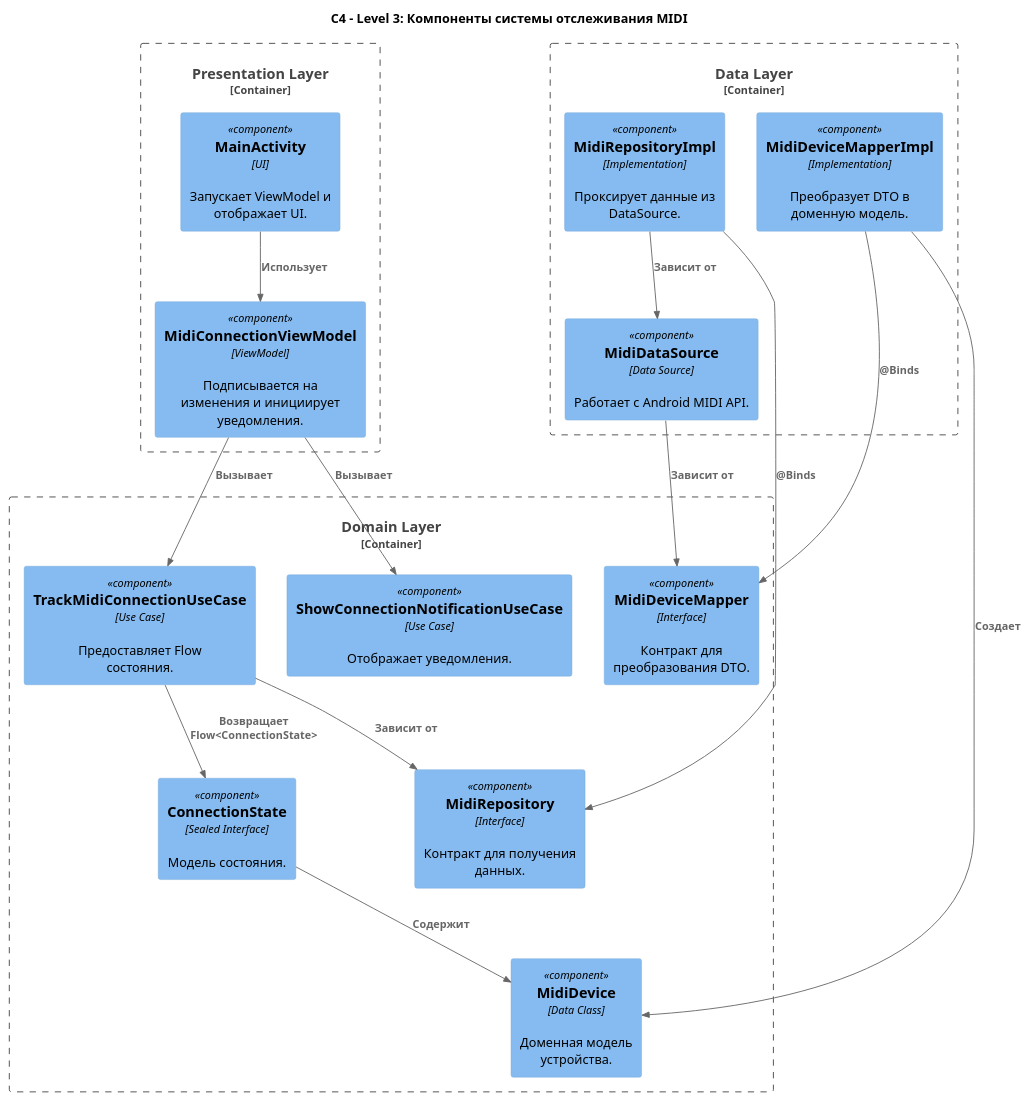
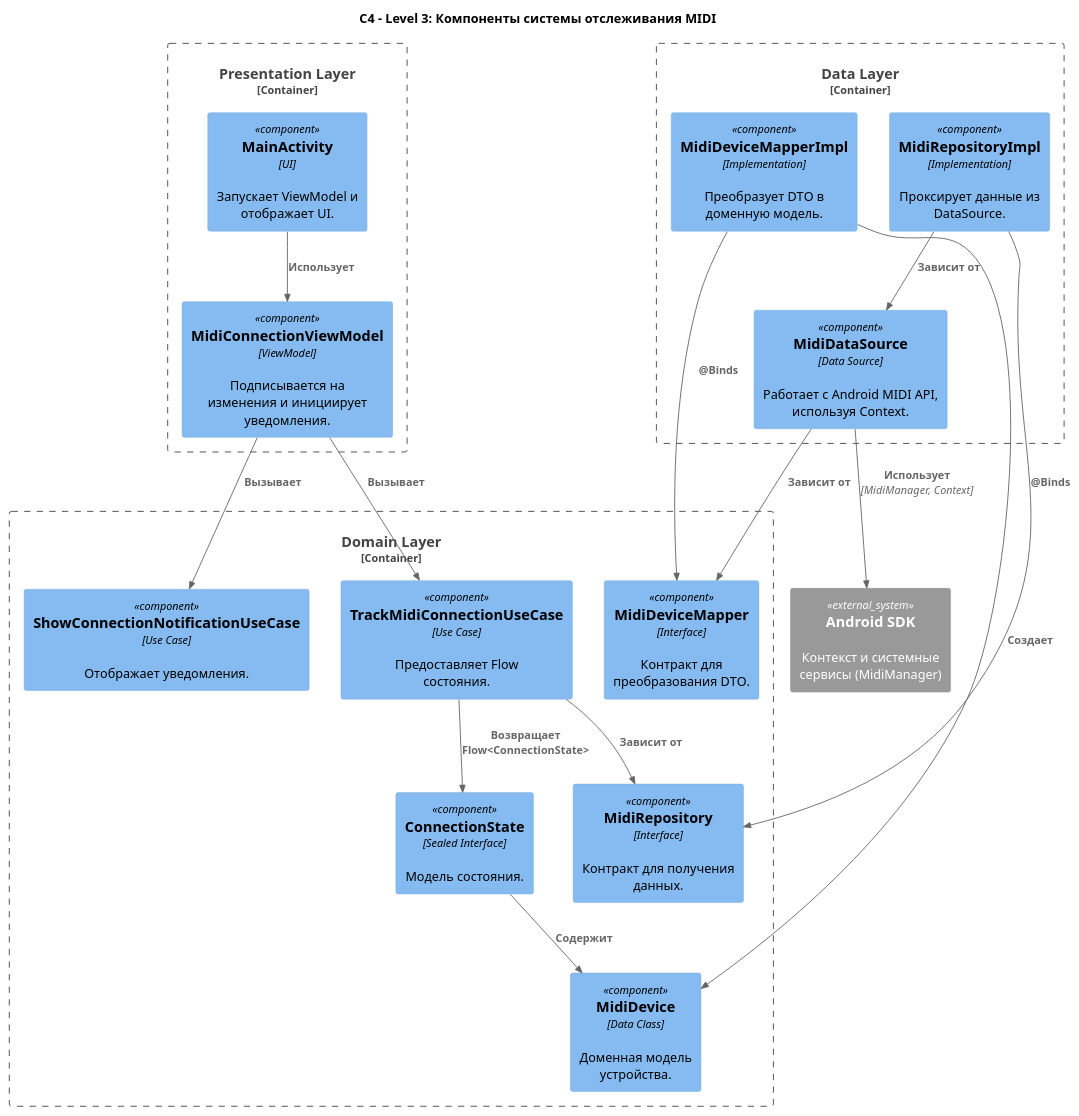
The first of 3 diagrams in docs/ts/MIDI_CONNECTION.md (astrizhachuk/PianoFlow), drawn with PlantUML before and after one commit. The commit also changed other lines of this file, not shown here.

Commit message:
docs: обновить диаграммы и описание `MidiDataSource`

````diff
--- a/docs/ts/MIDI_CONNECTION.md
+++ b/docs/ts/MIDI_CONNECTION.md
@@ -35,42 +35,45 @@
 ```plantuml
 @startuml
 !include https://raw.githubusercontent.com/plantuml-stdlib/C4-PlantUML/master/C4_Component.puml
 
 title C4 - Level 3: Компоненты системы отслеживания MIDI
+
+System_Ext(android_sdk, "Android SDK", "Контекст и системные сервисы (MidiManager)")
 
 Container_Boundary(presentation, "Presentation Layer") {
     Component(vm, "MidiConnectionViewModel", "ViewModel", "Подписывается на изменения и инициирует уведомления.")
     Component(activity, "MainActivity", "UI", "Запускает ViewModel и отображает UI.")
 }
 
 Container_Boundary(domain, "Domain Layer") {
     Component(track_uc, "TrackMidiConnectionUseCase", "Use Case", "Предоставляет Flow состояния.")
     Component(notify_uc, "ShowConnectionNotificationUseCase", "Use Case", "Отображает уведомления.")
     Component(repo, "MidiRepository", "Interface", "Контракт для получения данных.")
     Component(mapper, "MidiDeviceMapper", "Interface", "Контракт для преобразования DTO.")
     Component(state, "ConnectionState", "Sealed Interface", "Модель состояния.")
     Component(device, "MidiDevice", "Data Class", "Доменная модель устройства.")
 }
 
 Container_Boundary(data, "Data Layer") {
     Component(repo_impl, "MidiRepositoryImpl", "Implementation", "Проксирует данные из DataSource.")
-    Component(ds, "MidiDataSource", "Data Source", "Работает с Android MIDI API.")
+    Component(ds, "MidiDataSource", "Data Source", "Работает с Android MIDI API, используя Context.")
     Component(mapper_impl, "MidiDeviceMapperImpl", "Implementation", "Преобразует DTO в доменную модель.")
 }
 
 ' Связи
 Rel(activity, vm, "Использует")
 Rel(vm, track_uc, "Вызывает")
 Rel(vm, notify_uc, "Вызывает")
 Rel(track_uc, repo, "Зависит от")
 Rel(repo_impl, repo, "@Binds")
 Rel(repo_impl, ds, "Зависит от")
 Rel(ds, mapper, "Зависит от")
+Rel(ds, android_sdk, "Использует", "MidiManager, Context")
 Rel(mapper_impl, mapper, "@Binds")
 Rel(track_uc, state, "Возвращает Flow<ConnectionState>")
 
 Rel(state, device, "Содержит")
 Rel(mapper_impl, device, "Создает")
 
 @enduml
 ```
````
